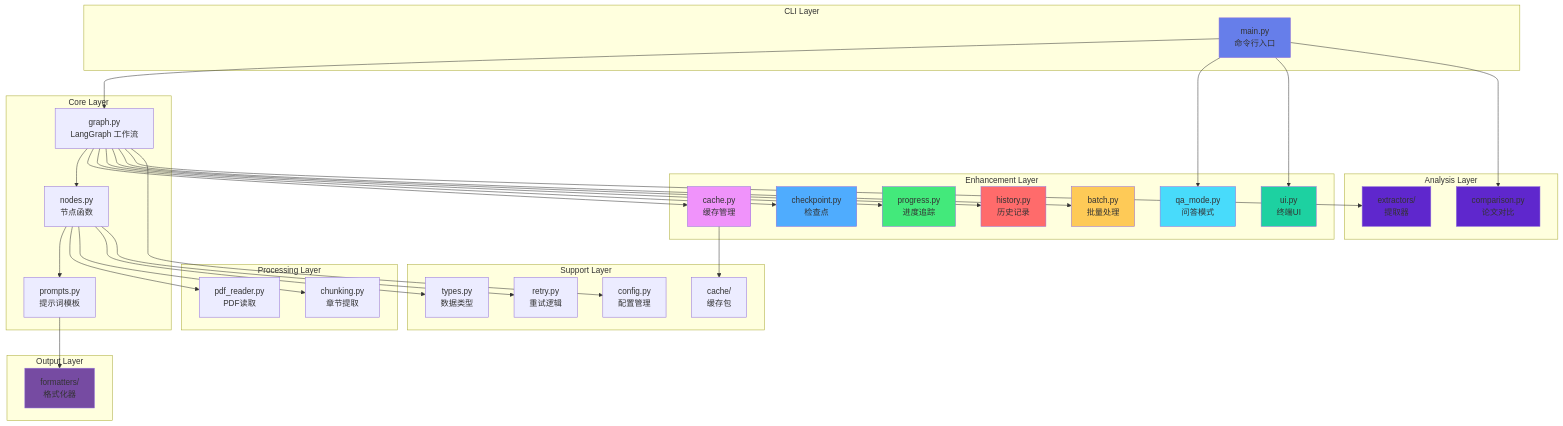
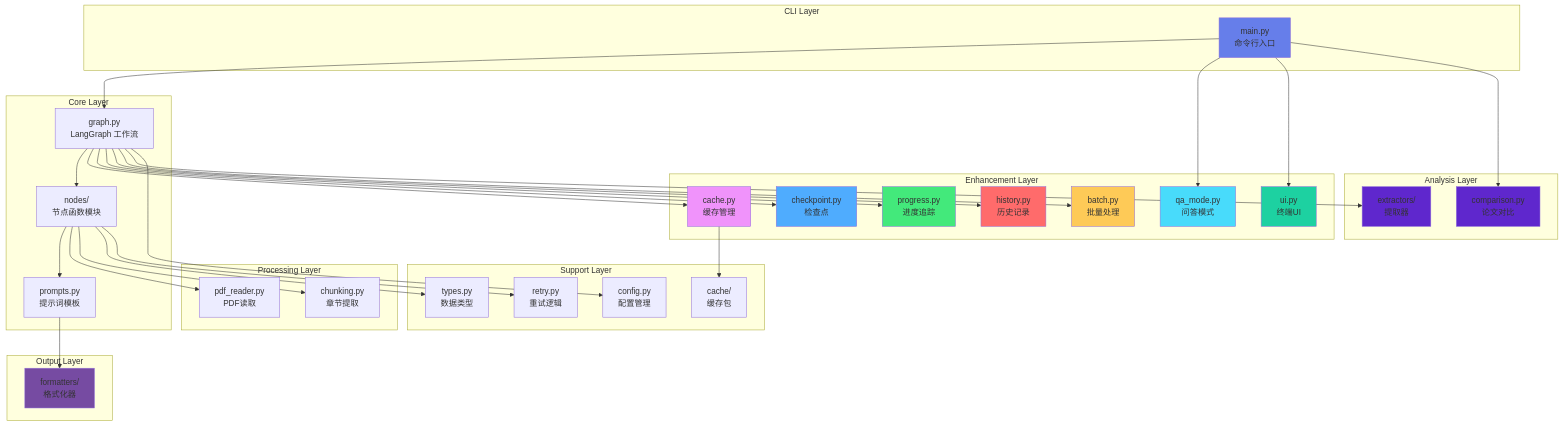
Before and after one commit to oOSomnus/AutoResearch: the fourth of 4 diagrams in README.md, drawn with Mermaid. The commit also changed other lines of this file and 9 other files, not shown here.

````diff
--- a/README.md
+++ b/README.md
@@ -134,78 +134,78 @@
 ```mermaid
 graph TB
     subgraph CLI Layer[CLI Layer]
         A[main.py<br/>命令行入口]
     end
 
     subgraph Core Layer[Core Layer]
         B[graph.py<br/>LangGraph 工作流]
-        C[nodes.py<br/>节点函数]
+        C[nodes/<br/>节点函数模块]
         D[prompts.py<br/>提示词模板]
     end
 
     subgraph Processing Layer[Processing Layer]
         E[pdf_reader.py<br/>PDF读取]
         F[chunking.py<br/>章节提取]
     end
 
     subgraph Output Layer[Output Layer]
         G[formatters/<br/>格式化器]
     end
 
     subgraph Enhancement Layer[Enhancement Layer]
         H[cache.py<br/>缓存管理]
         I[checkpoint.py<br/>检查点]
         J[progress.py<br/>进度追踪]
         K[history.py<br/>历史记录]
         L[batch.py<br/>批量处理]
         M[qa_mode.py<br/>问答模式]
         N[ui.py<br/>终端UI]
     end
 
     subgraph Analysis Layer[Analysis Layer]
         O[extractors/<br/>提取器]
         P[comparison.py<br/>论文对比]
     end
 
     subgraph Support Layer[Support Layer]
         Q[config.py<br/>配置管理]
         R[types.py<br/>数据类型]
         S[cache/<br/>缓存包]
         T[retry.py<br/>重试逻辑]
     end
 
     A --> B
     B --> C
     C --> D
     C --> E
     C --> F
     D --> G
 
     B --> H
     B --> I
     B --> J
     B --> K
     B --> L
     A --> M
     A --> N
 
     B --> O
     A --> P
 
     B --> Q
     C --> R
     H --> S
     C --> T
 
     style A fill:#667eea
     style G fill:#764ba2
     style H fill:#f093fb
     style I fill:#4facfe
     style J fill:#43e97b
     style K fill:#ff6b6b
     style L fill:#feca57
     style M fill:#48dbfb
     style N fill:#1dd1a1
     style O fill:#5f27cd
     style P fill:#5f27cd
 ```
````
